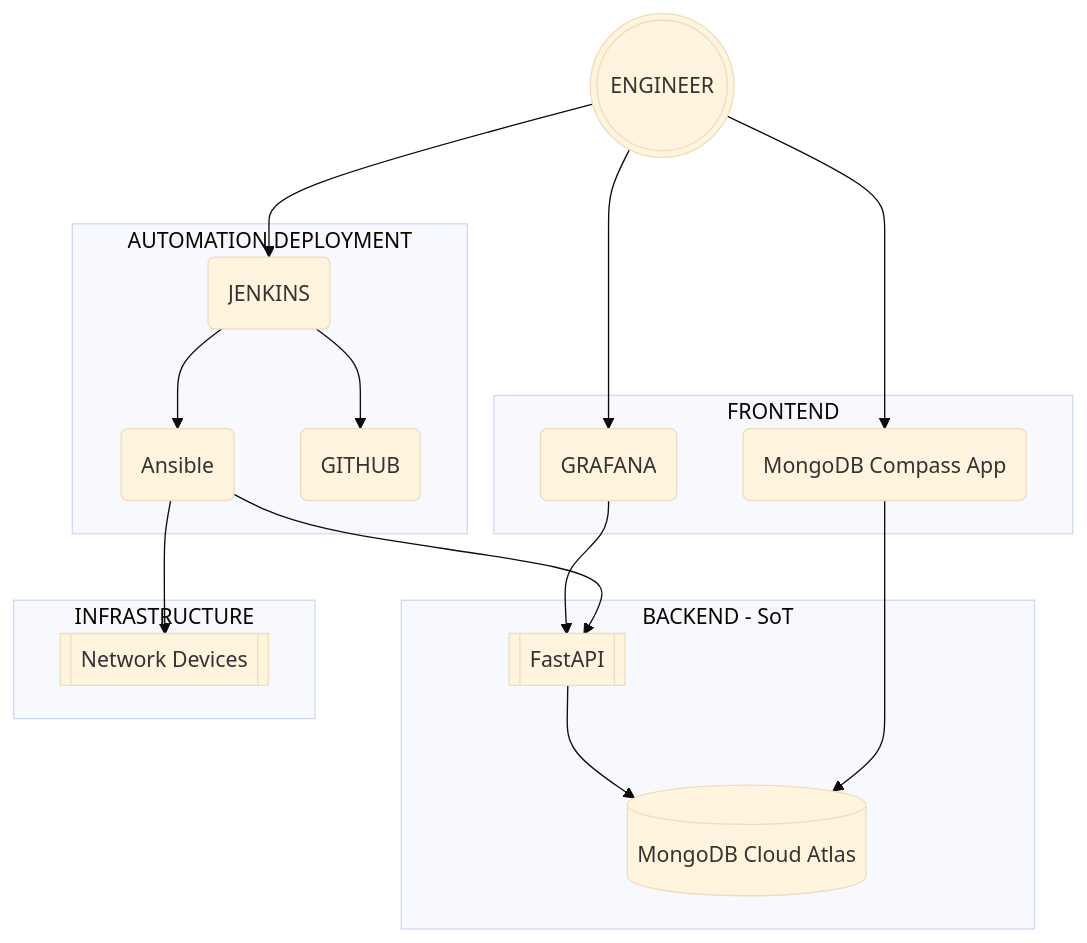
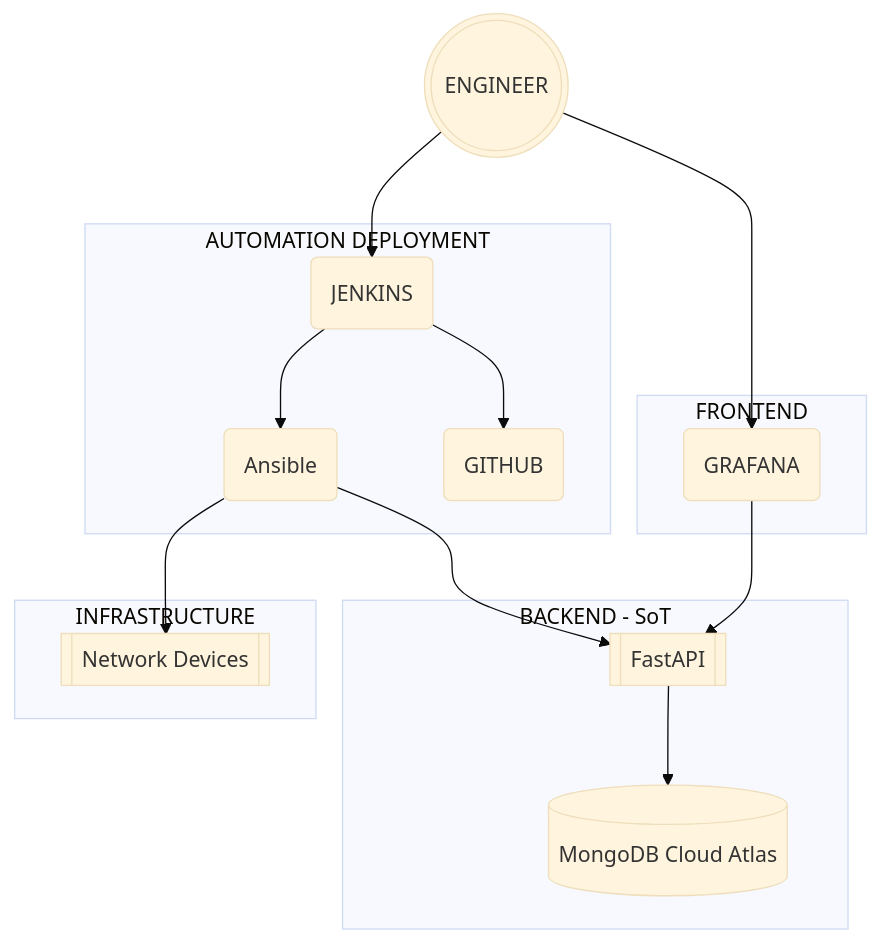
One commit to jnaranjom/iac_network_deployment changed the diagram in diagrams/automation_framework.md. Above: the diagram before and after it, drawn with Mermaid (base theme).

````diff
--- a/diagrams/automation_framework.md
+++ b/diagrams/automation_framework.md
@@ -3,30 +3,27 @@
 ```mermaid
 flowchart TB
     A[(MongoDB Cloud Atlas)]
     B[[FastAPI]]
-    C(MongoDB Compass App)
     D(Ansible)
     E[[Network Devices]]
     F(((ENGINEER)))
     G(GRAFANA)
     H(JENKINS)
     I(GITHUB)
     subgraph BACKEND - SoT
         B --> A
     end
     subgraph FRONTEND
-        C --> A   
         G --> B
     end
-    F --> C
     F --> H
     F --> G
     subgraph AUTOMATION DEPLOYMENT
         D --> B
         H --> I
         H --> D
     end
     subgraph INFRASTRUCTURE
         D --> E
     end
 ```
````
